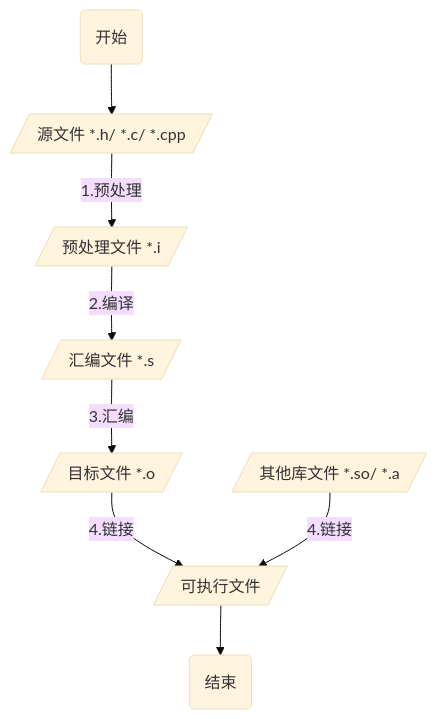
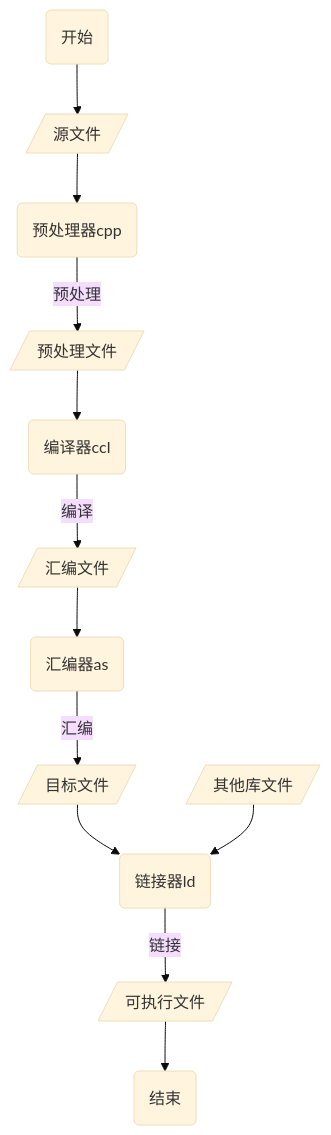
Before and after one commit to dmjcb/dmjcb.github.io: the first of 6 diagrams in _posts/Language/C_C++/Compile/2021-06-15-编译过程.md, drawn with Mermaid (base theme). The commit also changed other lines of this file and 41 other files, not shown here.

Commit message:
增加动态库说明图片与代码

````diff
--- a/_posts/Language/C_C++/Compile/2021-06-15-编译过程.md
+++ b/_posts/Language/C_C++/Compile/2021-06-15-编译过程.md
@@ -13,19 +13,24 @@
 ```mermaid
 graph TB;
-    START(开始)
-    A[/源文件 *.h/ *.c/ *.cpp/]
-    B[/预处理文件 *.i/]
-    C[/汇编文件 *.s/]
-    D[/目标文件 *.o/]
+    S(开始)
+    A[/源文件/]
+        A1(预处理器cpp)
+    B[/预处理文件/]
+        B1(编译器ccl)
+    C[/汇编文件/]
+        C1(汇编器as)
+    D[/目标文件/]
+        D1(链接器ld)
     E[/可执行文件/]
-    F[/其他库文件 *.so/ *.a/]
-    END(结束)
+    F[/其他库文件/]
+    O(结束)
 
-    START --> A
-    A -- 1.预处理 --> B
-    B -- 2.编译--> C
-    C -- 3.汇编 --> D
-    D -- 4.链接--> E
-    F -- 4.链接--> E
-    E --> END(结束)
+    S --> A
+    A --> A1 -- 预处理 --> B
+    B --> B1 -- 编译 --> C
+    C --> C1 -- 汇编 --> D
+    D --> D1 -- 链接 --> E
+        F --> D1
+    E --> O   
+
 ```
````
